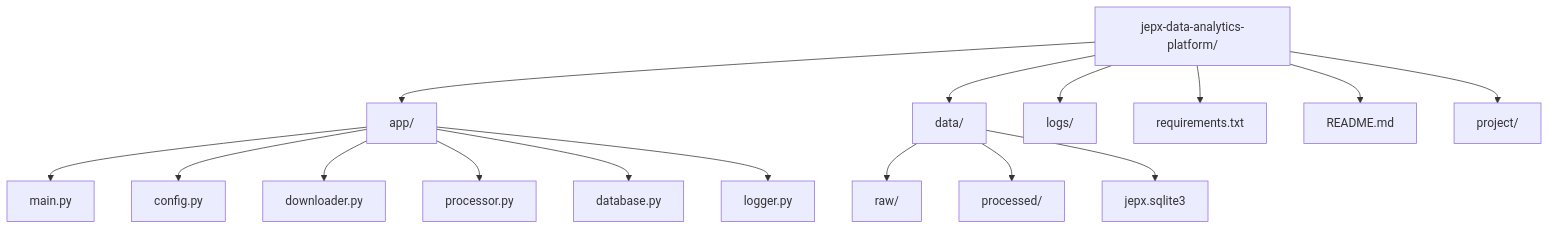
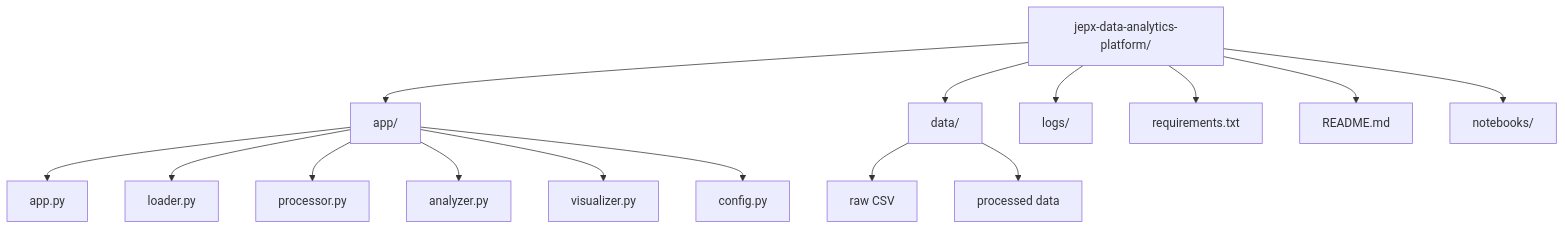
The fifth of 9 diagrams in README.md (banzai80311315/jepx-data-analytics-platform), drawn with Mermaid before and after one commit. The commit also changed other lines of this file, not shown here.

````diff
--- a/README.md
+++ b/README.md
@@ -125,20 +131,19 @@
 ```mermaid
 flowchart TD
     A[jepx-data-analytics-platform/] --> B[app/]
     A --> C[data/]
     A --> D[logs/]
     A --> E[requirements.txt]
     A --> F[README.md]
-    A --> G[project/]
+    A --> G[notebooks/]
 
-    B --> B1[main.py]
-    B --> B2[config.py]
-    B --> B3[downloader.py]
-    B --> B4[processor.py]
-    B --> B5[database.py]
-    B --> B6[logger.py]
+    B --> B1[app.py]
+    B --> B2[loader.py]
+    B --> B3[processor.py]
+    B --> B4[analyzer.py]
+    B --> B5[visualizer.py]
+    B --> B6[config.py]
 
-    C --> C1[raw/]
-    C --> C2[processed/]
-    C --> C3[jepx.sqlite3]
+    C --> C1[raw CSV]
+    C --> C2[processed data]
 ```
````
